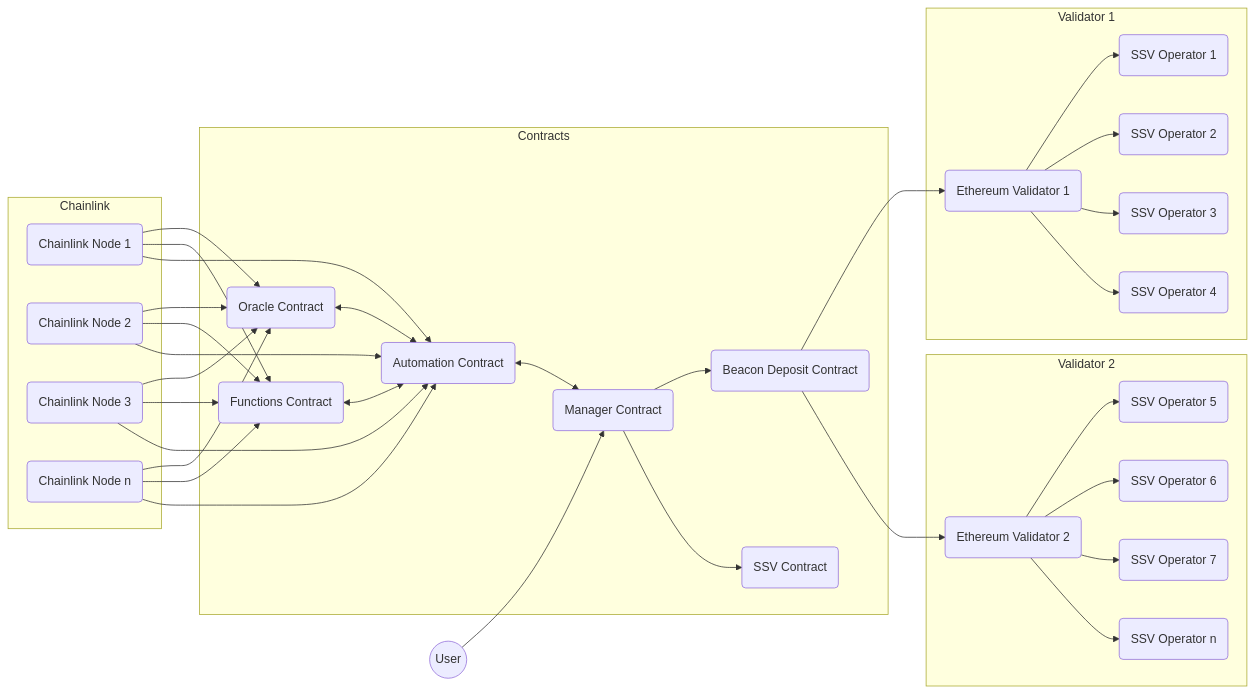
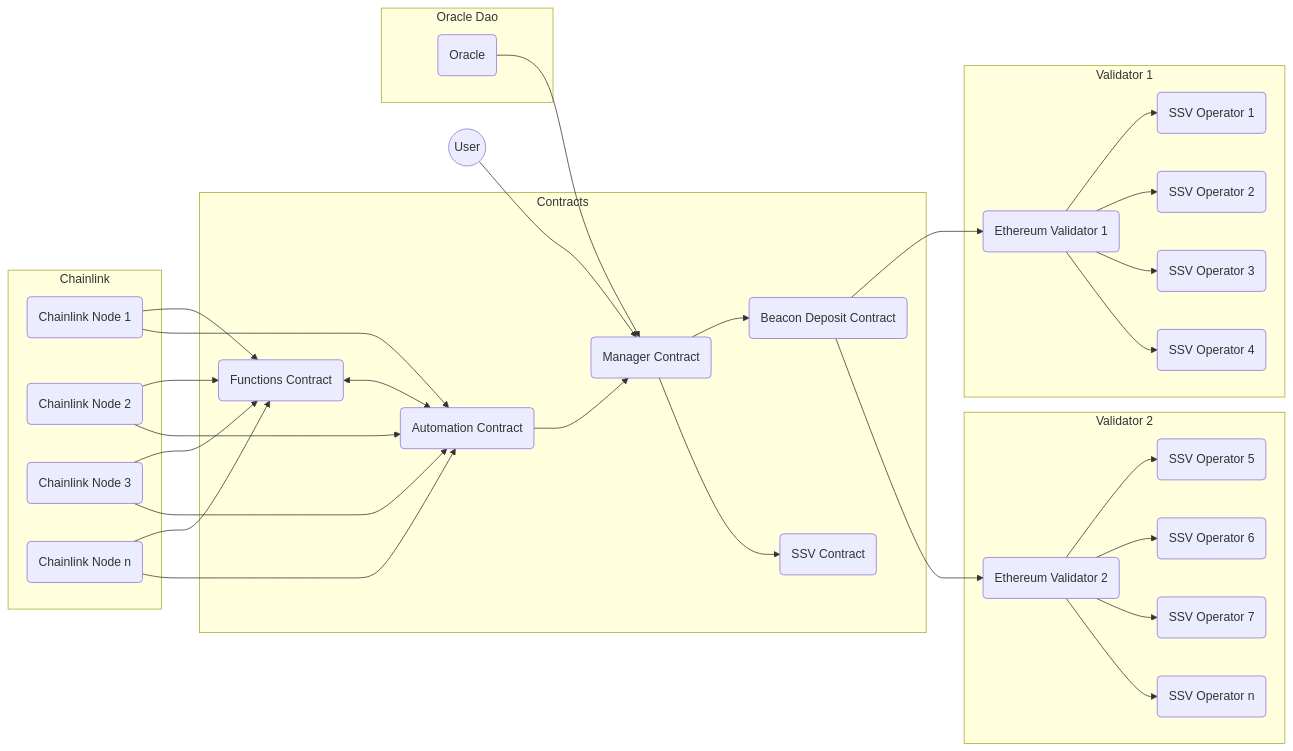
Before and after one commit to consensusnetworks/casimir: the diagram in contracts/ethereum/README.md, drawn with Mermaid. The commit also changed other lines of this file and 4 other files, not shown here.

````diff
--- a/contracts/ethereum/README.md
+++ b/contracts/ethereum/README.md
@@ -19,60 +19,58 @@
 ```mermaid
 graph LR
 
     subgraph Contracts
         B(Manager Contract)
         C(Beacon Deposit Contract)
         D(SSV Contract)
-        G(Oracle Contract)
         H(Functions Contract)
         I(Automation Contract)
     end
+
+    subgraph Oracle Dao
+        G(Oracle)
+    end
+    G --> B
 
     A((User)) --> B
 
     B --> C
     B --> D
 
     C --> E1(Ethereum Validator 1)
     C --> E2(Ethereum Validator 2)
 
     subgraph Validator 1
         E1 --> F11(SSV Operator 1)
         E1 --> F12(SSV Operator 2)
         E1 --> F13(SSV Operator 3)
         E1 --> F14(SSV Operator 4)
     end
     
     subgraph Validator 2
         E2 --> F21(SSV Operator 5)
         E2 --> F22(SSV Operator 6)
         E2 --> F23(SSV Operator 7)
         E2 --> F24(SSV Operator n)
     end
 
-    G <--> I
+    I --> B
     H <--> I
-    I <--> B
     
     subgraph Chainlink
         J1(Chainlink Node 1)
         J2(Chainlink Node 2)
         J3(Chainlink Node 3)
         J4(Chainlink Node n)
     end
-
-    J1 --> G
-    J2 --> G
-    J3 --> G
-    J4 --> G
     
     J1 --> H
     J2 --> H
     J3 --> H
     J4 --> H
 
     J1 --> I
     J2 --> I
     J3 --> I
     J4 --> I
 ```
````
